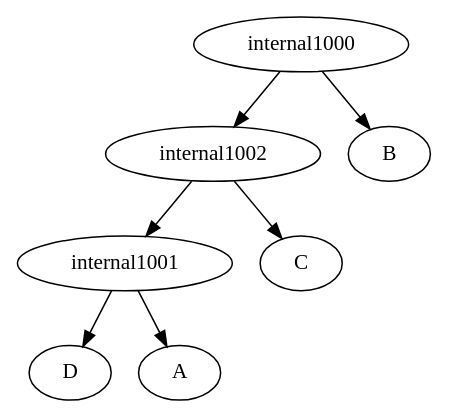
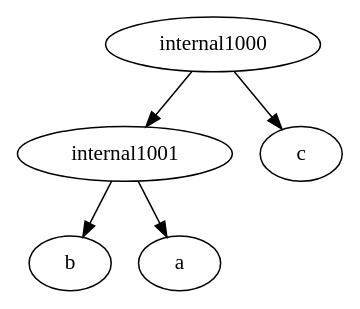
One commit to iharnoor/PhylogeneticsWebsite changed the diagram in ParsingTxt/Launcher/upload.dot. Above: the diagram before and after it, drawn with Graphviz. The commit also changed 6 other files, not shown here.

```diff
--- a/ParsingTxt/Launcher/upload.dot
+++ b/ParsingTxt/Launcher/upload.dot
@@ -1,8 +1,6 @@
 strict digraph G1 {
-internal1001 -> D
-internal1001 -> A
-internal1002 -> internal1001
-internal1002 -> C
-internal1000 -> internal1002
-internal1000 -> B
+internal1001 -> b
+internal1001 -> a
+internal1000 -> c
+internal1000 -> internal1001
 }
```
